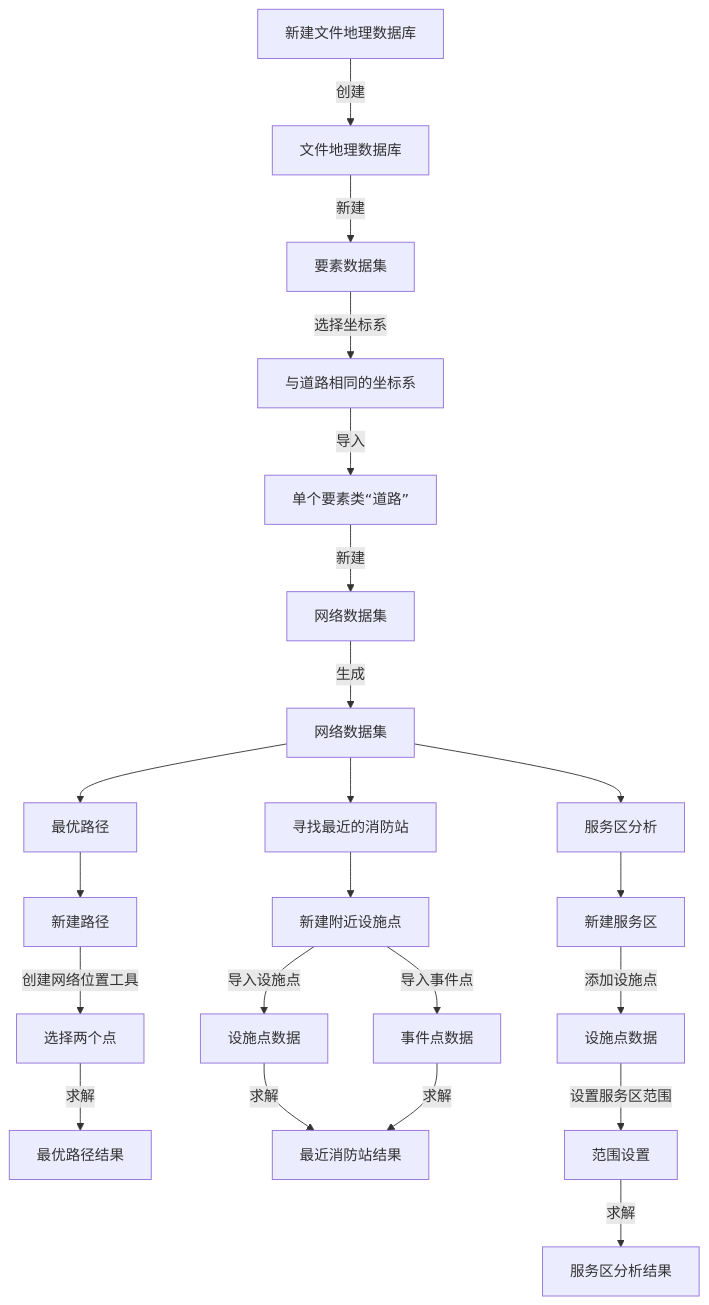
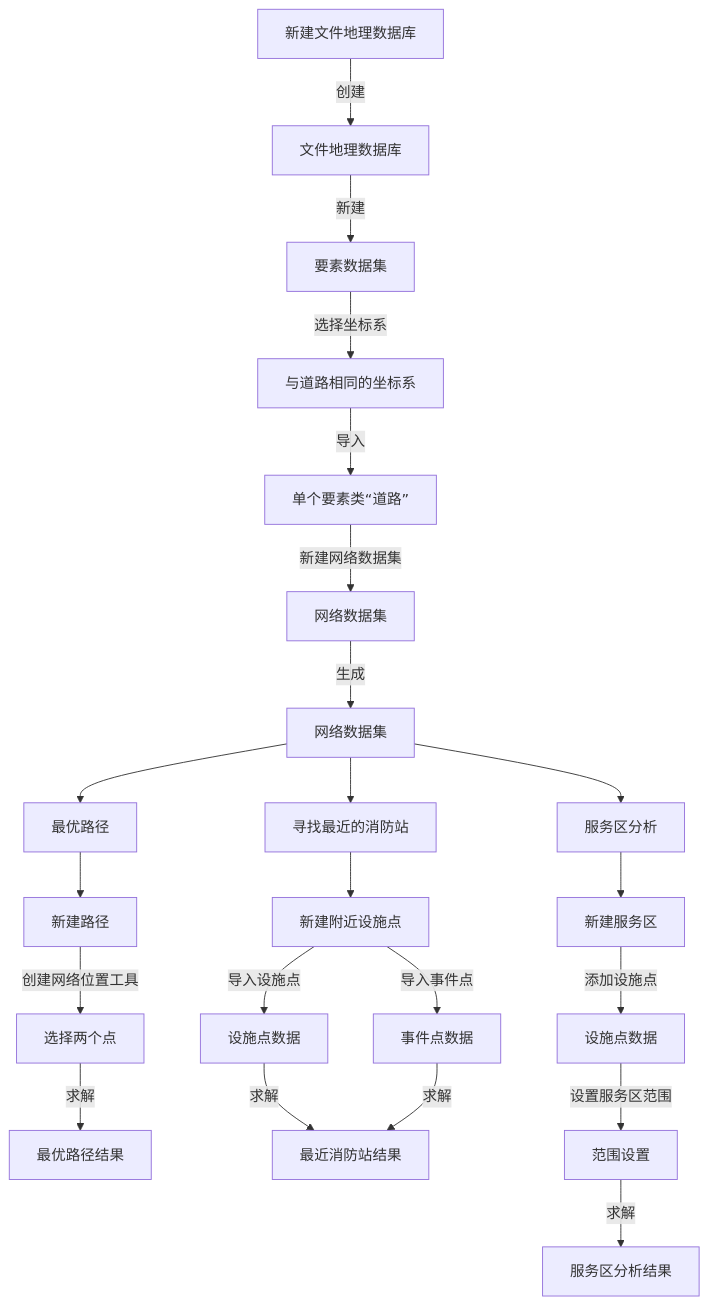
One commit to newguser/iodraw-files changed the diagram in all/未命名.md. Above: the diagram before and after it, drawn with Mermaid.

Commit message:
2025-02-27 21:21:15 update

````diff
--- a/all/未命名.md
+++ b/all/未命名.md
@@ -1,24 +1,24 @@
 ```mermaid
 graph TD
     A[新建文件地理数据库] -->|创建| B[文件地理数据库]
     B -->|新建| C[要素数据集]
     C -->|选择坐标系| D[与道路相同的坐标系]
     D -->|导入| E[单个要素类“道路”]
-    E -->|新建| F[网络数据集]
+    E -->|新建网络数据集| F[网络数据集]
     F -->|生成| G[网络数据集]
     G[网络数据集] -->H[最优路径]
     G[网络数据集] -->I[寻找最近的消防站]
     G[网络数据集] -->J[服务区分析]
     H[最优路径]-->H1[新建路径]
     H1[新建路径] -->|创建网络位置工具| H2[选择两个点]
         H2 -->|求解| H3[最优路径结果]
     I[寻找最近的消防站]-->I1[新建附近设施点]
     I1[新建附近设施点] -->|导入设施点| I2[设施点数据]
         I1 -->|导入事件点| I3[事件点数据]
         I2 -->|求解| I4[最近消防站结果]
         I3 -->|求解| I4
     J[服务区分析] -->J1[新建服务区]
      J1[新建服务区] -->|添加设施点| J2[设施点数据]
         J2 -->|设置服务区范围| J3[范围设置]
         J3 -->|求解| J4[服务区分析结果]
 ```
````
